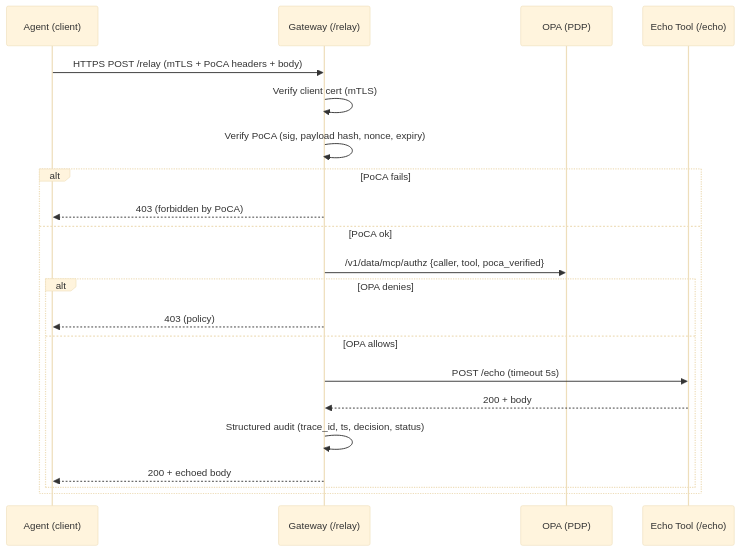
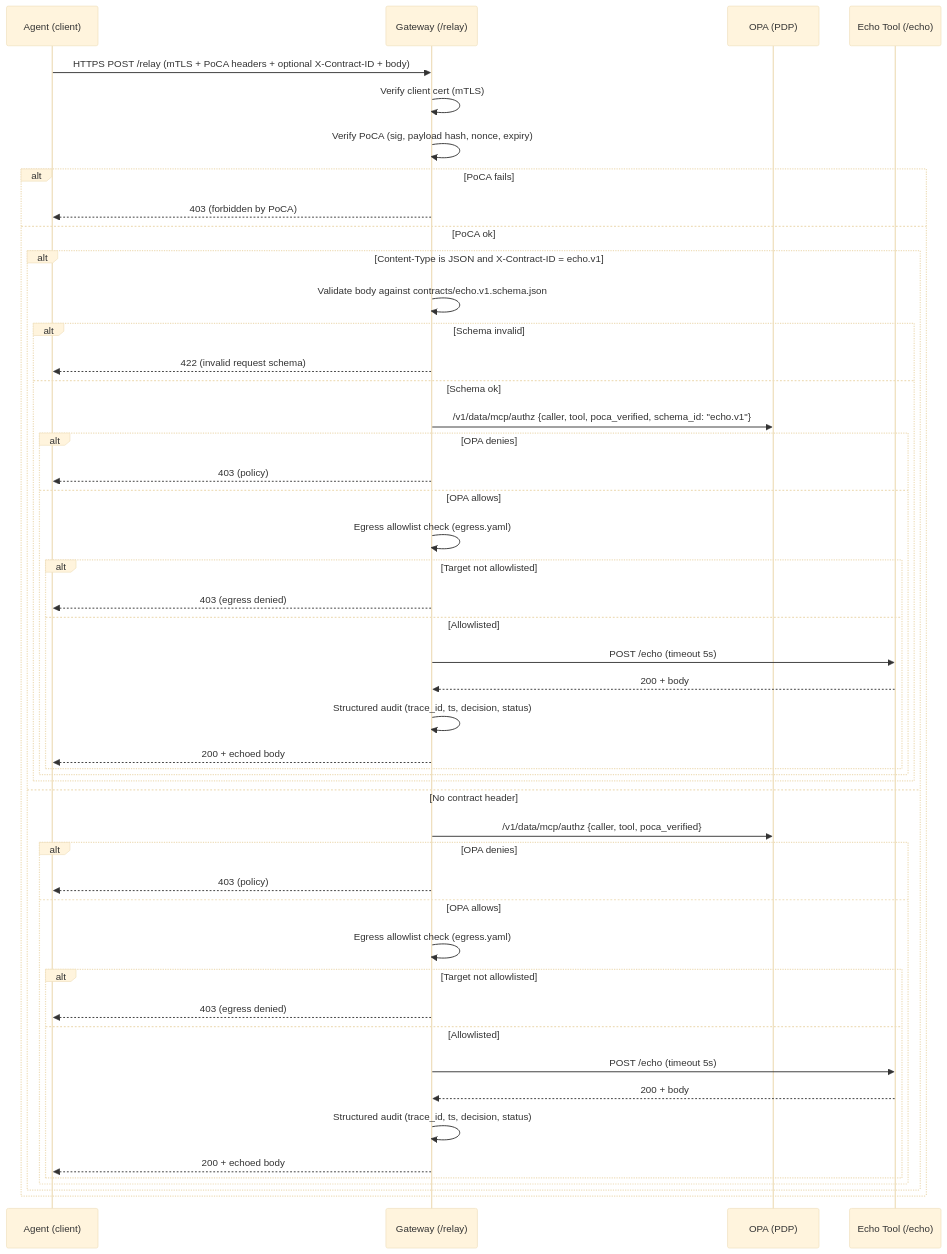
Before and after one commit to takumiSudo/zt-sanctum: the diagram in readme.md, drawn with Mermaid (base theme). The commit also changed other lines of this file, not shown here.

Commit message:
Update Readme to reflect Json Deny/Allow

````diff
--- a/readme.md
+++ b/readme.md
@@ -11,24 +11,51 @@
 ```mermaid
 sequenceDiagram
   participant Agent as Agent (client)
   participant GW as Gateway (/relay)
   participant OPA as OPA (PDP)
   participant Echo as Echo Tool (/echo)
 
-  Agent->>GW: HTTPS POST /relay (mTLS + PoCA headers + body)
+  Agent->>GW: HTTPS POST /relay (mTLS + PoCA headers + optional X-Contract-ID + body)
   GW->>GW: Verify client cert (mTLS)
   GW->>GW: Verify PoCA (sig, payload hash, nonce, expiry)
   alt PoCA fails
     GW-->>Agent: 403 (forbidden by PoCA)
   else PoCA ok
-    GW->>OPA: /v1/data/mcp/authz {caller, tool, poca_verified}
-    alt OPA denies
-      GW-->>Agent: 403 (policy)
-    else OPA allows
-      GW->>Echo: POST /echo (timeout 5s)
-      Echo-->>GW: 200 + body
-      GW->>GW: Structured audit (trace_id, ts, decision, status)
-      GW-->>Agent: 200 + echoed body
+    alt Content-Type is JSON and X-Contract-ID = echo.v1
+      GW->>GW: Validate body against contracts/echo.v1.schema.json
+      alt Schema invalid
+        GW-->>Agent: 422 (invalid request schema)
+      else Schema ok
+        GW->>OPA: /v1/data/mcp/authz {caller, tool, poca_verified, schema_id: "echo.v1"}
+        alt OPA denies
+          GW-->>Agent: 403 (policy)
+        else OPA allows
+          GW->>GW: Egress allowlist check (egress.yaml)
+          alt Target not allowlisted
+            GW-->>Agent: 403 (egress denied)
+          else Allowlisted
+            GW->>Echo: POST /echo (timeout 5s)
+            Echo-->>GW: 200 + body
+            GW->>GW: Structured audit (trace_id, ts, decision, status)
+            GW-->>Agent: 200 + echoed body
+          end
+        end
+      end
+    else No contract header
+      GW->>OPA: /v1/data/mcp/authz {caller, tool, poca_verified}
+      alt OPA denies
+        GW-->>Agent: 403 (policy)
+      else OPA allows
+        GW->>GW: Egress allowlist check (egress.yaml)
+        alt Target not allowlisted
+          GW-->>Agent: 403 (egress denied)
+        else Allowlisted
+          GW->>Echo: POST /echo (timeout 5s)
+          Echo-->>GW: 200 + body
+          GW->>GW: Structured audit (trace_id, ts, decision, status)
+          GW-->>Agent: 200 + echoed body
+        end
+      end
     end
   end
 ```
````
